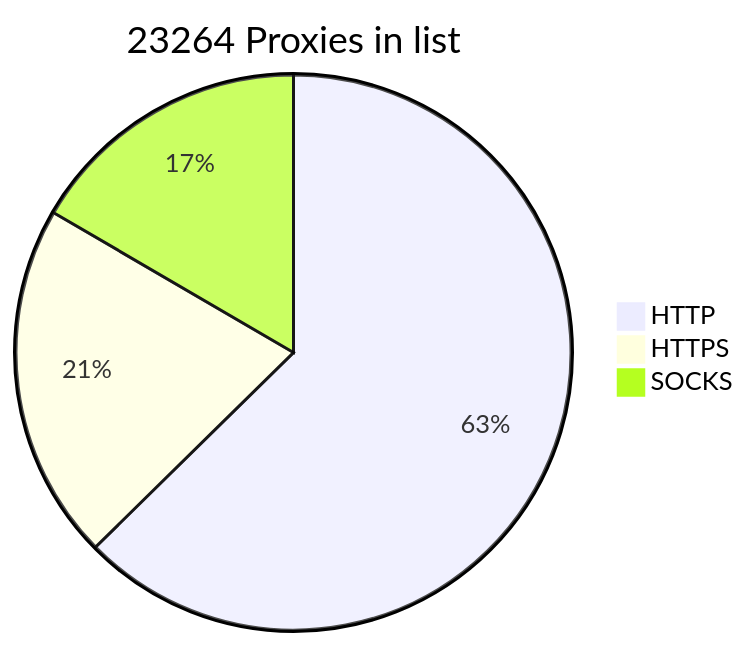
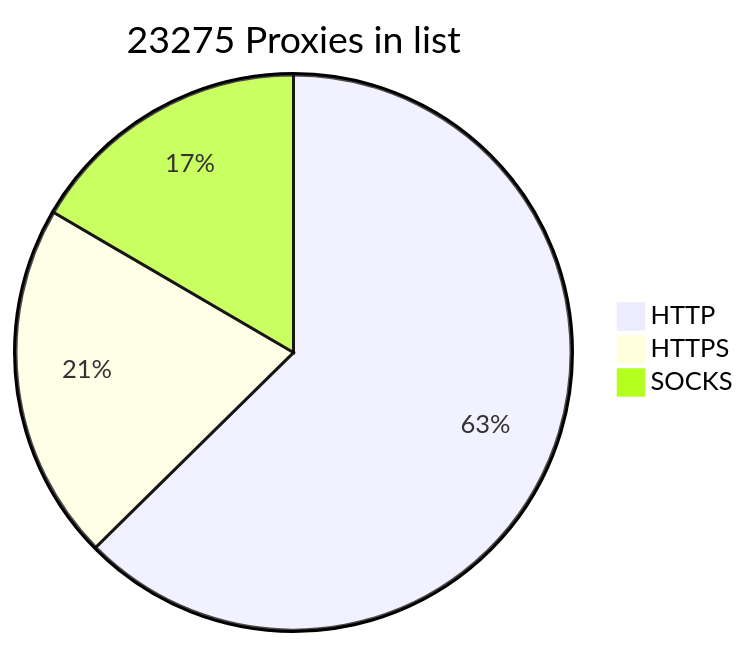
The diagram in README.md (BlackSnowDot/proxylist-update-every-minute), drawn with Mermaid before and after one commit.

````diff
--- a/README.md
+++ b/README.md
@@ -2,6 +2,6 @@
 ```mermaid
-pie title 23264 Proxies in list
-    "HTTP" : 16694
-    "HTTPS": 5534
+pie title 23275 Proxies in list
+    "HTTP" : 16702
+    "HTTPS": 5547
     "SOCKS" : 4424
 ```
````
